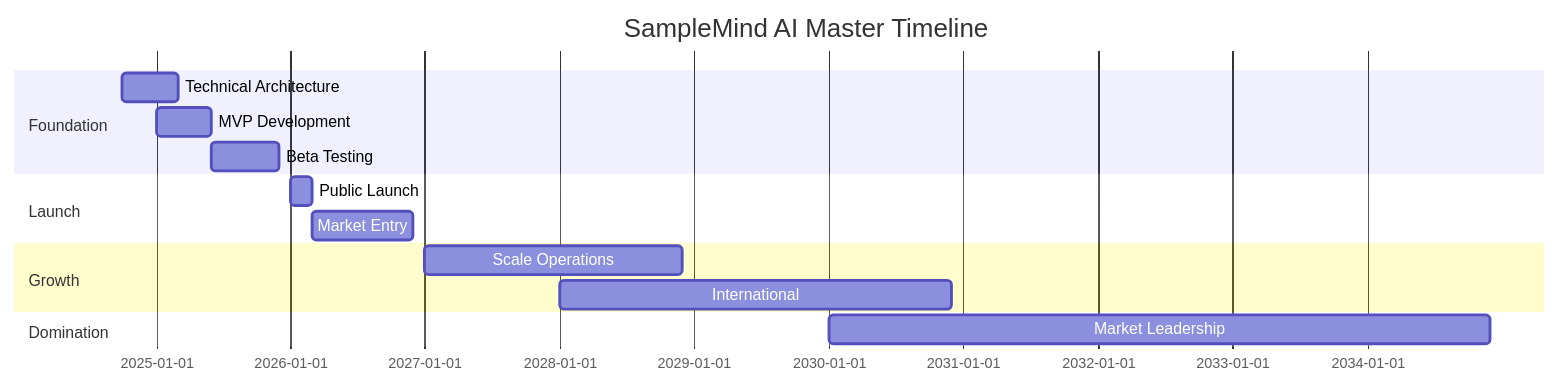
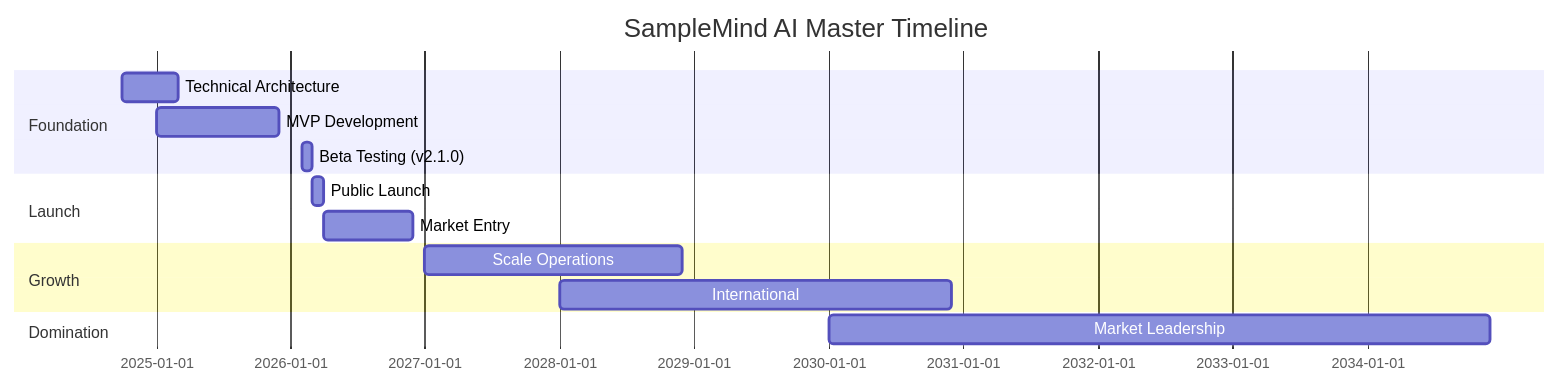
Before and after one commit to lchtangen/SampleMind-AI---Beta: the diagram in docs/03-BUSINESS-STRATEGY/06_SampleMind_Implementation_Roadmap.md, drawn with Mermaid. The commit also changed 24 other files, not shown here.

First line of the commit message:
feat: Update business strategy documents and technical implementation roadmap

````diff
--- a/docs/03-BUSINESS-STRATEGY/06_SampleMind_Implementation_Roadmap.md
+++ b/docs/03-BUSINESS-STRATEGY/06_SampleMind_Implementation_Roadmap.md
@@ -12,21 +12,21 @@
 ```mermaid
 gantt
     title SampleMind AI Master Timeline
     dateFormat  YYYY-MM
     
     section Foundation
     Technical Architecture    :2024-10, 2025-03
-    MVP Development          :2025-01, 2025-06
-    Beta Testing            :2025-06, 2025-12
+    MVP Development          :2025-01, 2025-12
+    Beta Testing (v2.1.0)    :2026-02, 2026-03
     
     section Launch
-    Public Launch           :2026-01, 2026-03
-    Market Entry            :2026-03, 2026-12
+    Public Launch           :2026-03, 2026-04
+    Market Entry            :2026-04, 2026-12
     
     section Growth
     Scale Operations        :2027-01, 2028-12
     International           :2028-01, 2030-12
     
     section Domination
     Market Leadership       :2030-01, 2034-12
 ```
````
